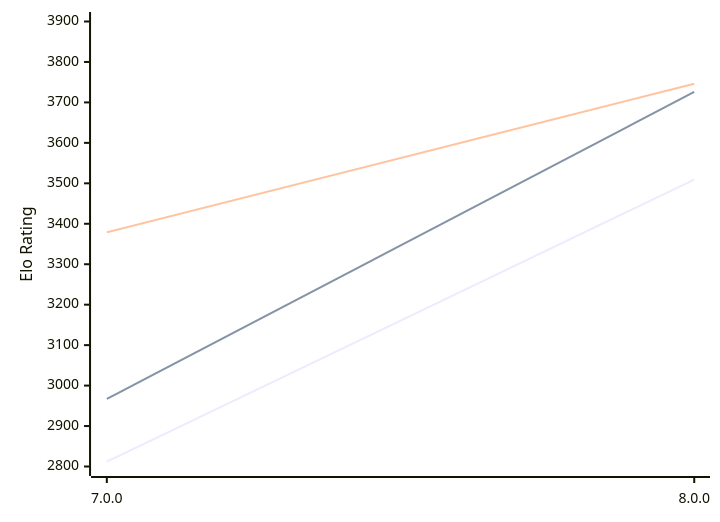
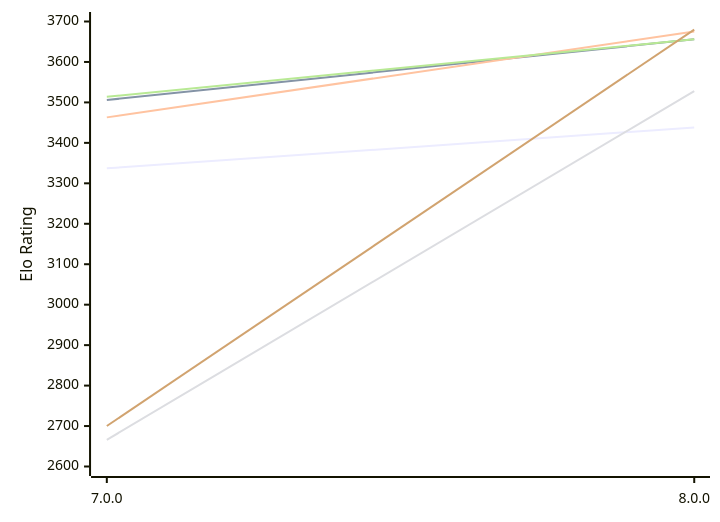
One commit to computer-chess-index/cci changed the first of 2 diagrams in engines/PlentyChess.md. Above: the diagram before and after it, drawn with Mermaid. The commit also changed other lines of this file, not shown here.

Commit message:
Update CCI Ratings (ELO VLTC) - 2026-11-13

````diff
--- a/engines/PlentyChess.md
+++ b/engines/PlentyChess.md
@@ -55,12 +55,12 @@
 ```mermaid
 %%{init: {"theme":"base","themeVariables":{"seriesColors:['#a3a3a3','#222221','#faa371']}}}%%
 xychart-beta
   x-axis ["7.0.0", "8.0.0"]
-  y-axis "Elo Rating" 2800 --> 3900
-  line "E1: STC (8.0+0.08s)" [2812, 3509]
-  line "E1: LTC (60.0+0.60s)" [2967, 3726]
-  line "E1: VLTC (2m24s+1.12s)" [3379, 3746]
-  line "P1: STC (8.0+0.08s)" [3695]
-  line "P1: LTC (60.0+0.60s)" [3823]
-  line "P1: VLTC (2m24s+1.12s)" [3848]
+  y-axis "Elo Rating" 2600 --> 3700
+  line "E1: STC (8.0+0.08s)" [3337, 3438]
+  line "E1: LTC (60.0+0.60s)" [3506, 3656]
+  line "E1: VLTC (2m24s+1.12s)" [3463, 3675]
+  line "P1: STC (8.0+0.08s)" [2666, 3528]
+  line "P1: LTC (60.0+0.60s)" [3514, 3656]
+  line "P1: VLTC (2m24s+1.12s)" [2700, 3680]
 ```
````
